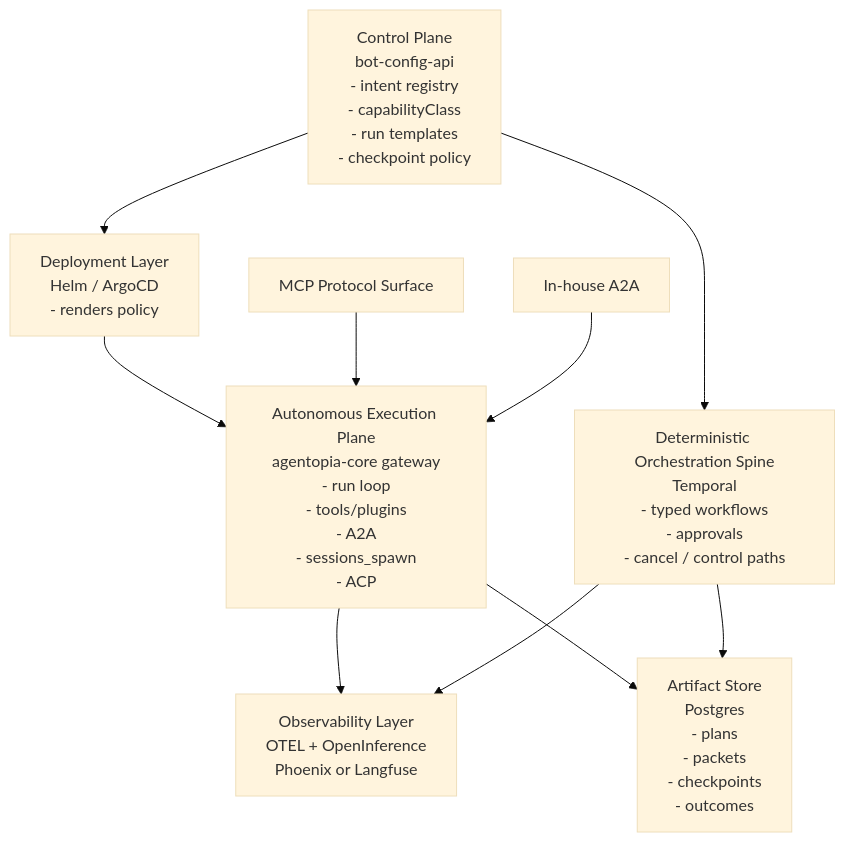
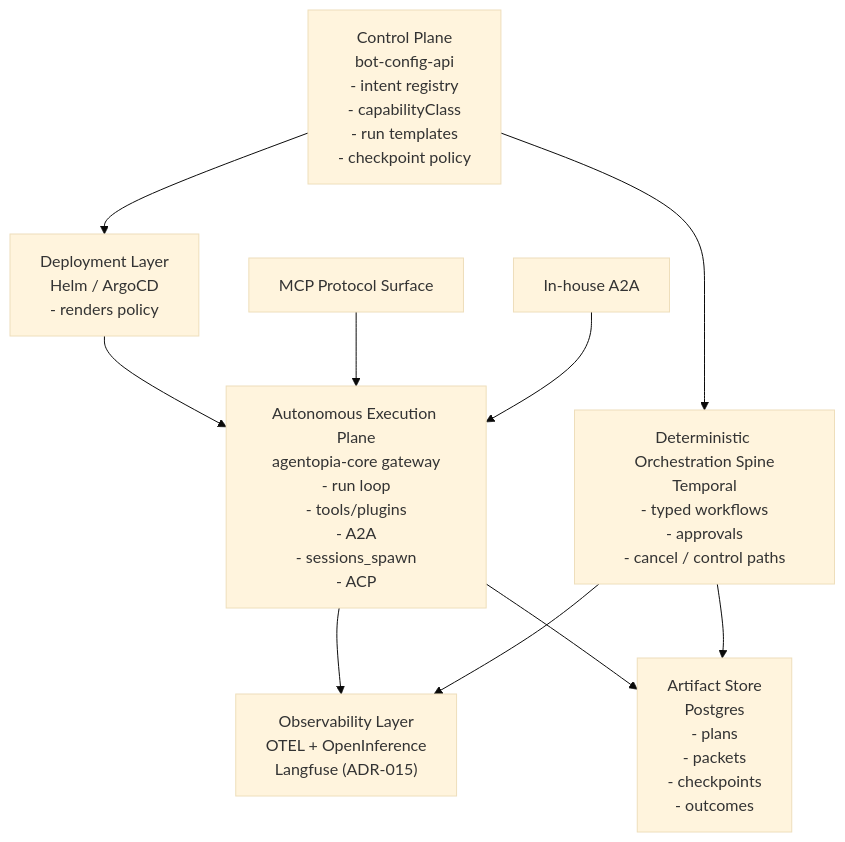
One commit to ai-agentopia/docs changed the first of 3 diagrams in architecture/harness-control/harness-architecture.md. Above: the diagram before and after it, drawn with Mermaid (base theme). The commit also changed other lines of this file and 4 other files, not shown here.

First line of the commit message:
docs(harness/h3): ADR-015 Langfuse + production design + runtime-secret reconciliation (#33)

````diff
--- a/architecture/harness-control/harness-architecture.md
+++ b/architecture/harness-control/harness-architecture.md
@@ -23,12 +23,12 @@
 ```mermaid
 flowchart TB
     CP["Control Plane<br/>bot-config-api<br/>- intent registry<br/>- capabilityClass<br/>- run templates<br/>- checkpoint policy"] --> DEP["Deployment Layer<br/>Helm / ArgoCD<br/>- renders policy"]
     DEP --> GW["Autonomous Execution Plane<br/>agentopia-core gateway<br/>- run loop<br/>- tools/plugins<br/>- A2A<br/>- sessions_spawn<br/>- ACP"]
     CP --> TW["Deterministic Orchestration Spine<br/>Temporal<br/>- typed workflows<br/>- approvals<br/>- cancel / control paths"]
-    GW --> OBS["Observability Layer<br/>OTEL + OpenInference<br/>Phoenix or Langfuse"]
+    GW --> OBS["Observability Layer<br/>OTEL + OpenInference<br/>Langfuse (ADR-015)"]
     TW --> OBS
     GW --> ART["Artifact Store<br/>Postgres<br/>- plans<br/>- packets<br/>- checkpoints<br/>- outcomes"]
     TW --> ART
     MCP["MCP Protocol Surface"] --> GW
     A2A["In-house A2A"] --> GW
 ```
````
